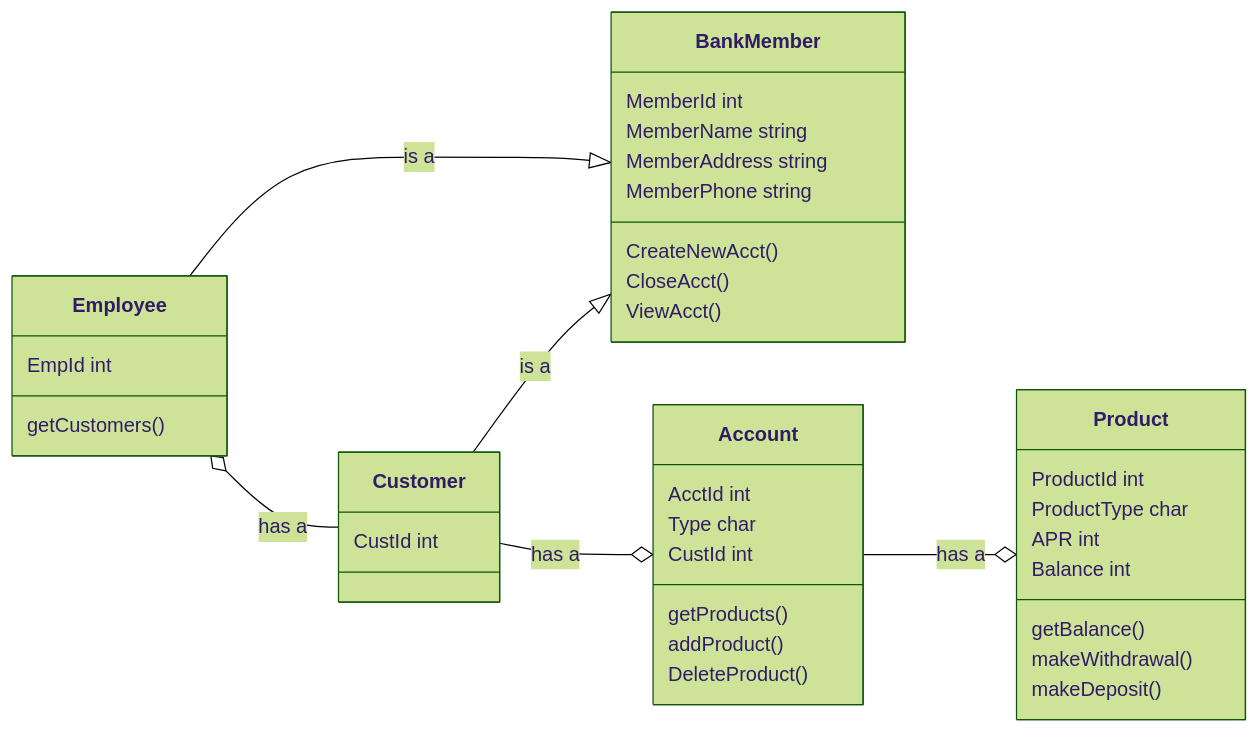
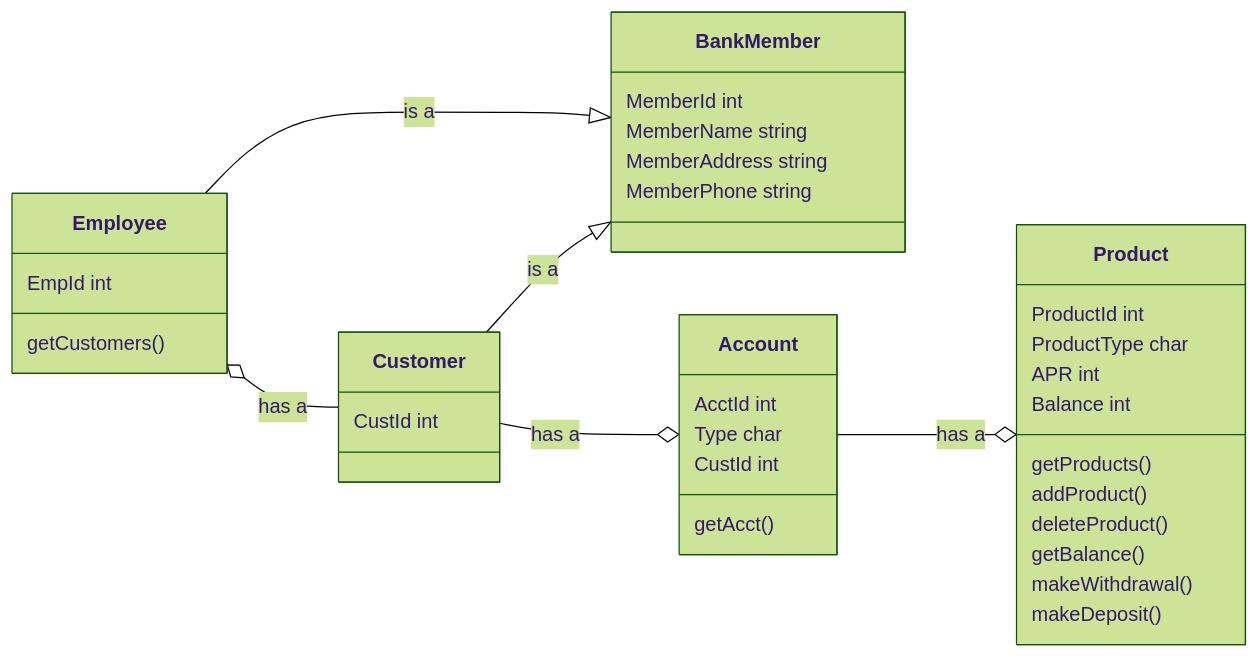
Before and after one commit to Marcus-Snell/Test: the diagram in mermaid.md, drawn with Mermaid (forest theme).

````diff
--- a/mermaid.md
+++ b/mermaid.md
@@ -1,38 +1,38 @@
 ```mermaid
 classDiagram
 direction LR
 BankMember
 BankMember : MemberId int
 BankMember : MemberName string
 BankMember : MemberAddress string
 BankMember : MemberPhone string
-BankMember : CreateNewAcct()
-BankMember: CloseAcct()
-BankMember : ViewAcct()
+
 
 Employee --|> BankMember : is a
 Employee o-- Customer : has a
 Employee : EmpId int
 Employee : getCustomers()
 
 Customer --|> BankMember : is a
 Customer --o Account : has a
 Customer : CustId int
 
 Account --o Product : has a
 Account : AcctId int
 Account : Type char
 Account : CustId int
-Account : getProducts()
-Account : addProduct()
-Account : DeleteProduct()
+Account : getAcct()
+
 
 Product : ProductId int
 Product : ProductType char
 Product : APR int
 Product : Balance int
+Product : getProducts()
+Product : addProduct()
+Product : deleteProduct()
 Product : getBalance()
 Product : makeWithdrawal()
 Product : makeDeposit()
 
 ```
````
